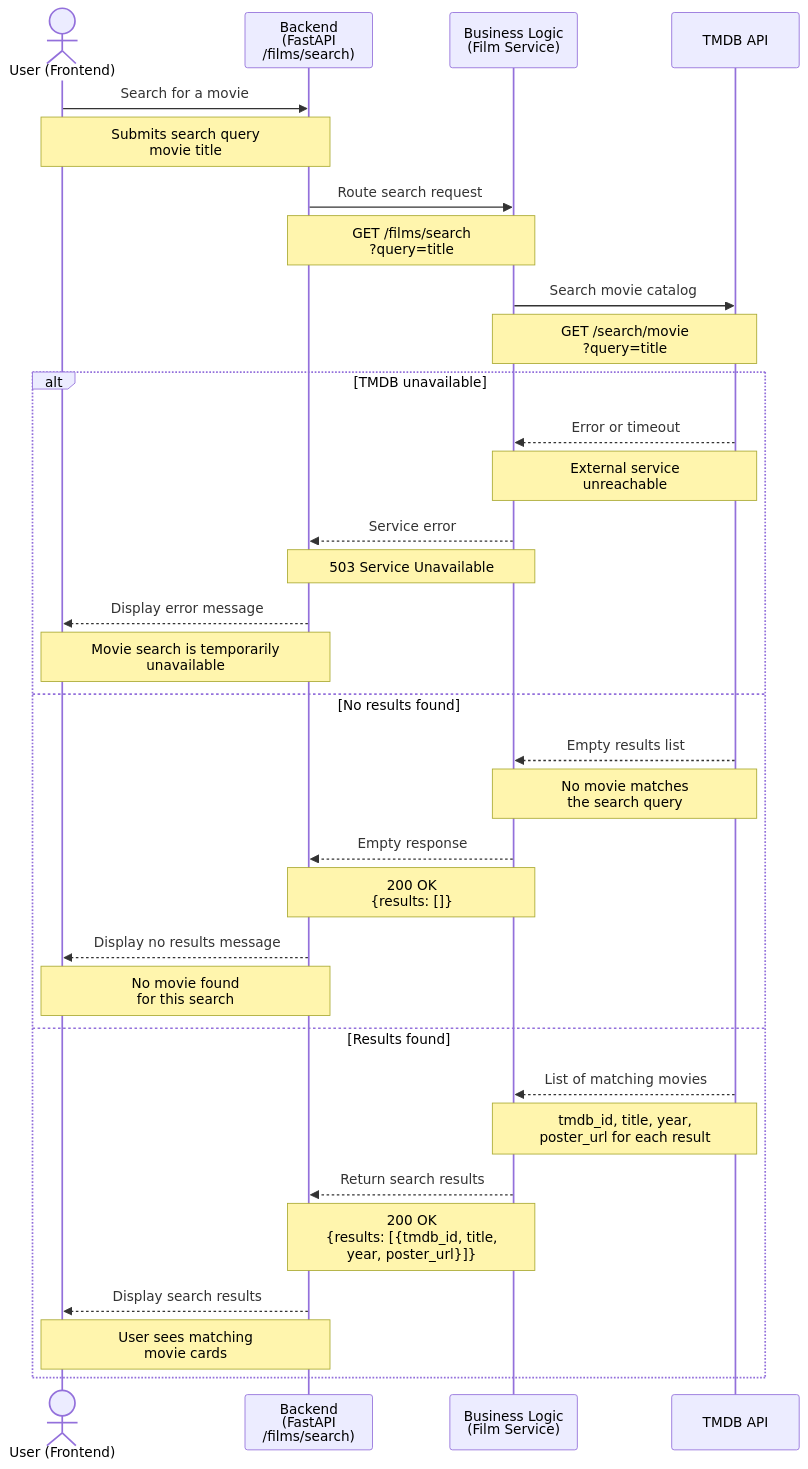
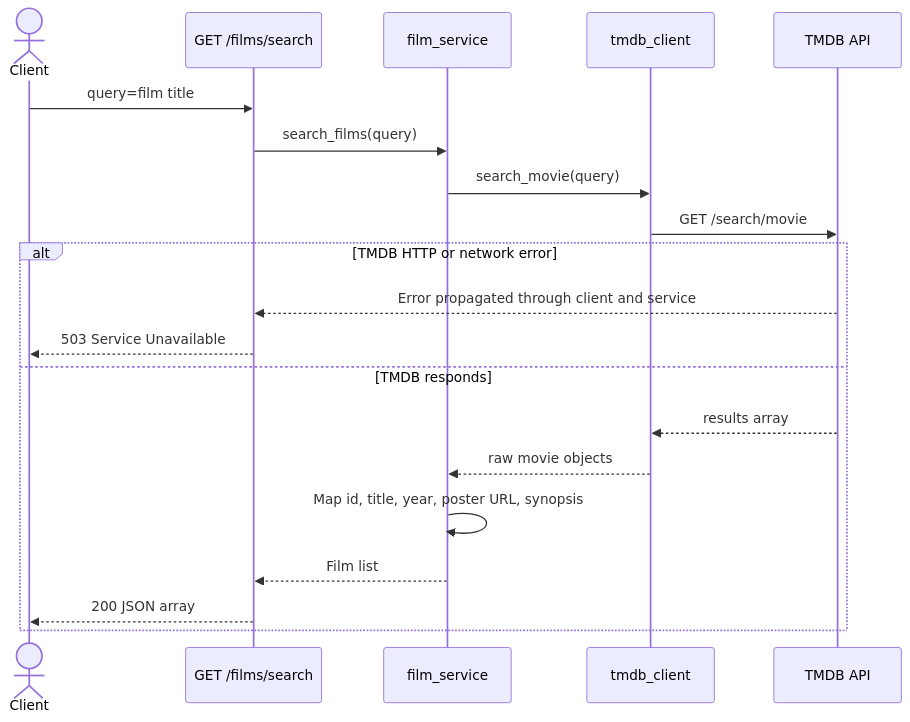
Before and after one commit to zahin-dev/Film-like: the third of 7 diagrams in docs/diagrams/SequenceDiagrams.md, drawn with Mermaid. The commit also changed other lines of this file and 10 other files, not shown here.

````diff
--- a/docs/diagrams/SequenceDiagrams.md
+++ b/docs/diagrams/SequenceDiagrams.md
@@ -213,39 +79,24 @@
 ```mermaid
 sequenceDiagram
-    actor User as User (Frontend)
-    participant Back as Backend<br>(FastAPI<br>/films/search)
-    participant BL as Business Logic<br>(Film Service)
-    participant API as TMDB API
+    actor Client
+    participant Route as GET /films/search
+    participant Service as film_service
+    participant TMDBClient as tmdb_client
+    participant TMDB as TMDB API
 
-    User->>Back: Search for a movie
-    Note over User,Back: Submits search query<br>movie title
+    Client->>Route: query=film title
+    Route->>Service: search_films(query)
+    Service->>TMDBClient: search_movie(query)
+    TMDBClient->>TMDB: GET /search/movie
 
-    Back->>BL: Route search request
-    Note over Back,BL: GET /films/search<br>?query=title
-
-    BL->>API: Search movie catalog
-    Note over BL,API: GET /search/movie<br>?query=title
-
-    alt TMDB unavailable
-        API-->>BL: Error or timeout
-        Note over API,BL: External service<br>unreachable
-        BL-->>Back: Service error
-        Note over BL,Back: 503 Service Unavailable
-        Back-->>User: Display error message
-        Note over Back,User: Movie search is temporarily<br>unavailable
-    else No results found
-        API-->>BL: Empty results list
-        Note over API,BL: No movie matches<br>the search query
-        BL-->>Back: Empty response
-        Note over BL,Back: 200 OK<br>{results: []}
-        Back-->>User: Display no results message
-        Note over Back,User: No movie found<br>for this search
-    else Results found
-        API-->>BL: List of matching movies
-        Note over API,BL: tmdb_id, title, year,<br>poster_url for each result
-        BL-->>Back: Return search results
-        Note over BL,Back: 200 OK<br>{results: [{tmdb_id, title,<br>year, poster_url}]}
-        Back-->>User: Display search results
-        Note over Back,User: User sees matching<br>movie cards
+    alt TMDB HTTP or network error
+        TMDB-->>Route: Error propagated through client and service
+        Route-->>Client: 503 Service Unavailable
+    else TMDB responds
+        TMDB-->>TMDBClient: results array
+        TMDBClient-->>Service: raw movie objects
+        Service->>Service: Map id, title, year, poster URL, synopsis
+        Service-->>Route: Film list
+        Route-->>Client: 200 JSON array
     end
 ```
````
